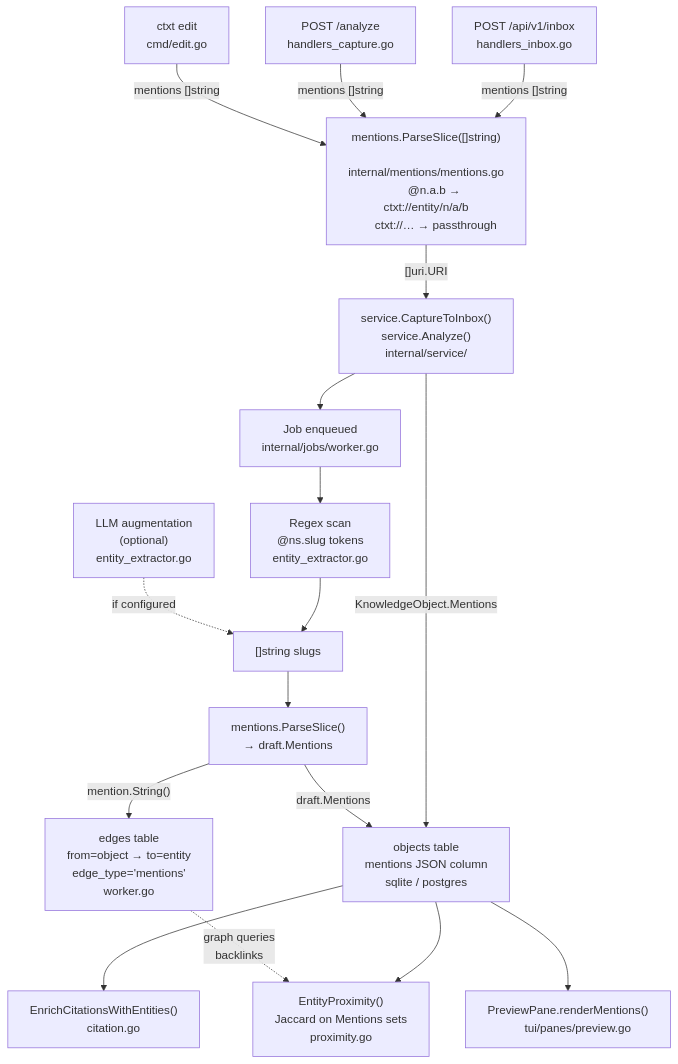
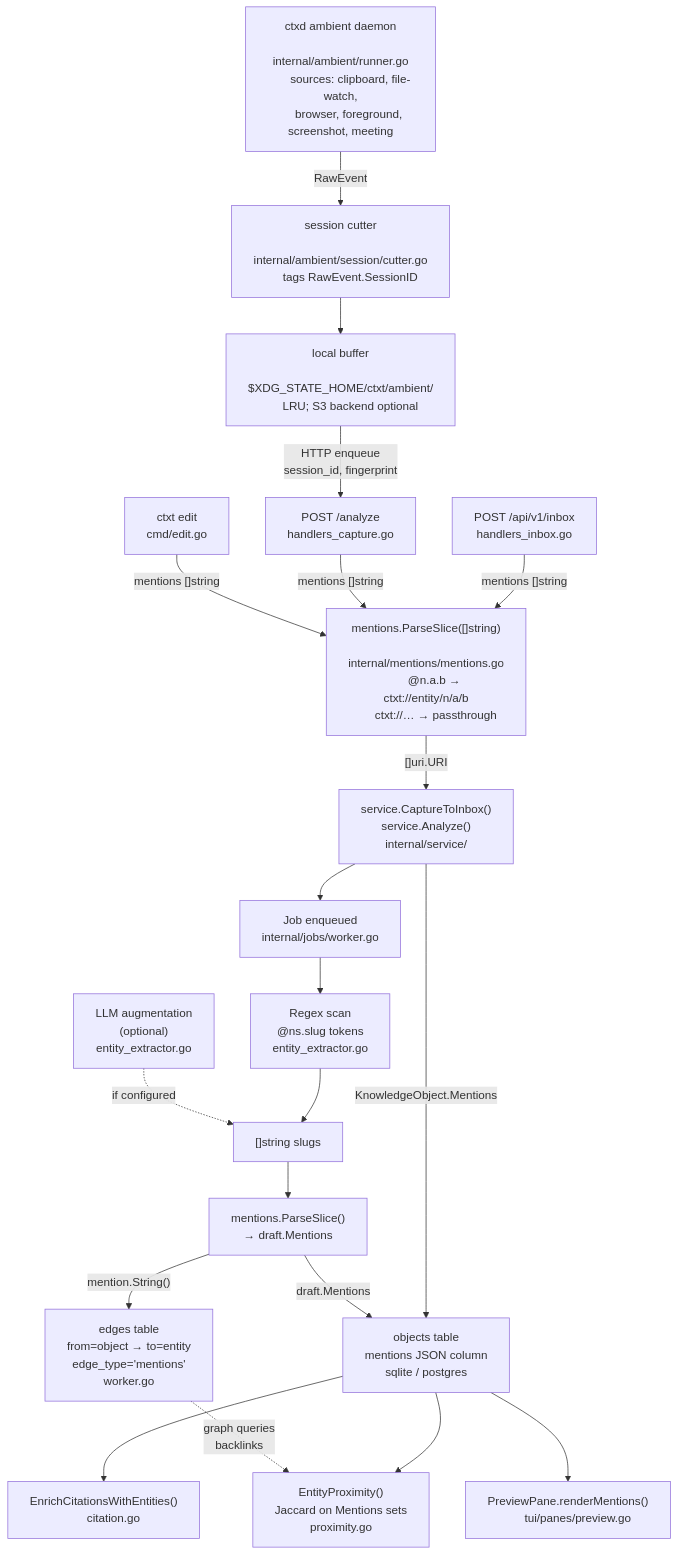
The diagram in docs/dataflow.mmd (ContextHelp/ContextHelp), drawn with Mermaid before and after one commit. The commit also changed 29 other files, not shown here.

```diff
--- a/docs/dataflow.mmd
+++ b/docs/dataflow.mmd
@@ -1,72 +1,88 @@
 flowchart TD
       %% Entry points
       HTTP_INBOX["POST /api/v1/inbox
       handlers_inbox.go"]
       HTTP_ANALYZE["POST /analyze
       handlers_capture.go"]
       CLI_EDIT["ctxt edit
       cmd/edit.go"]
+
+      %% Ambient capture entry (ADR-066)
+      CTXD["ctxd ambient daemon
+      internal/ambient/runner.go
+      sources: clipboard, file-watch,
+      browser, foreground, screenshot, meeting"]
+      CUTTER["session cutter
+      internal/ambient/session/cutter.go
+      tags RawEvent.SessionID"]
+      BUF["local buffer
+      $XDG_STATE_HOME/ctxt/ambient/
+      LRU; S3 backend optional"]
+      CTXD -->|RawEvent| CUTTER
+      CUTTER --> BUF
+      BUF -->|HTTP enqueue
+      session_id, fingerprint| HTTP_ANALYZE
 
       %% Parsing
       PARSE["mentions.ParseSlice([]string)
       internal/mentions/mentions.go
       @n.a.b → ctxt://entity/n/a/b
       ctxt://… → passthrough"]
 
       %% Service / job
       SVC["service.CaptureToInbox()
       service.Analyze()
       internal/service/"]
       JOB["Job enqueued
       internal/jobs/worker.go"]
 
       %% Pipeline
       REGEX["Regex scan
       @ns.slug tokens
       entity_extractor.go"]
       LLM["LLM augmentation
       (optional)
       entity_extractor.go"]
       SLUGS["[]string slugs"]
       PARSE2["mentions.ParseSlice()
       → draft.Mentions"]
 
       %% Storage
       OBJ_STORE["objects table
       mentions JSON column
       sqlite / postgres"]
       EDGE_STORE["edges table
       from=object → to=entity
       edge_type='mentions'
       worker.go"]
 
       %% Consumers
       PROXIMITY["EntityProximity()
       Jaccard on Mentions sets
       proximity.go"]
       CITATION["EnrichCitationsWithEntities()
       citation.go"]
       TUI["PreviewPane.renderMentions()
       tui/panes/preview.go"]
 
       %% Flow
       HTTP_INBOX -->|"mentions []string"| PARSE
       HTTP_ANALYZE -->|"mentions []string"| PARSE
       CLI_EDIT -->|"mentions []string"| PARSE
 
       PARSE -->|"[]uri.URI"| SVC
       SVC -->|"KnowledgeObject.Mentions"| OBJ_STORE
       SVC --> JOB
 
       JOB --> REGEX
       REGEX --> SLUGS
       LLM -.->|"if configured"| SLUGS
       SLUGS --> PARSE2
       PARSE2 -->|"draft.Mentions"| OBJ_STORE
       PARSE2 -->|"mention.String()"| EDGE_STORE
 
       OBJ_STORE --> PROXIMITY
       OBJ_STORE --> CITATION
       OBJ_STORE --> TUI
       EDGE_STORE -.->|"graph queries
       backlinks"| PROXIMITY
```
